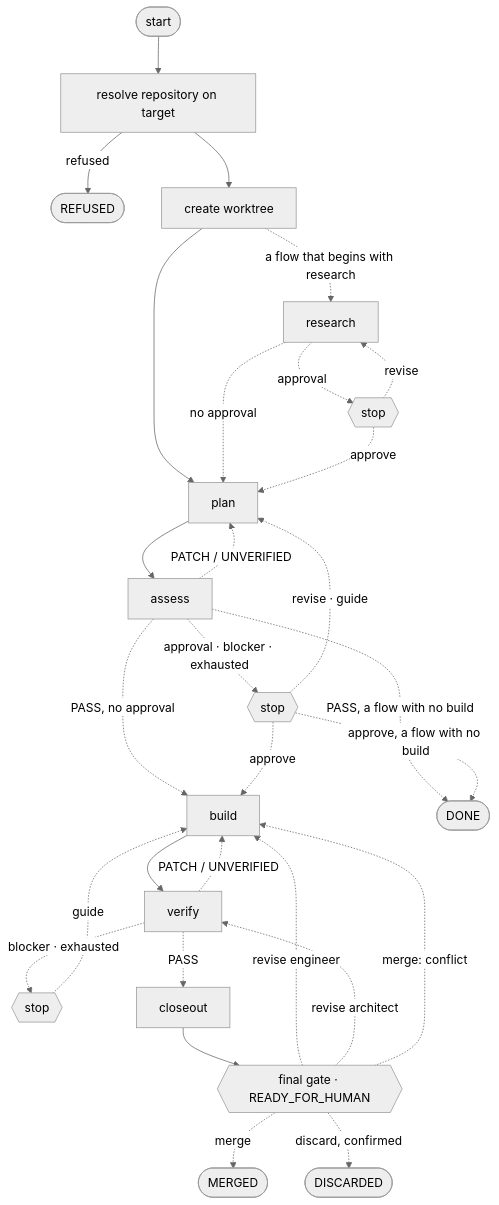
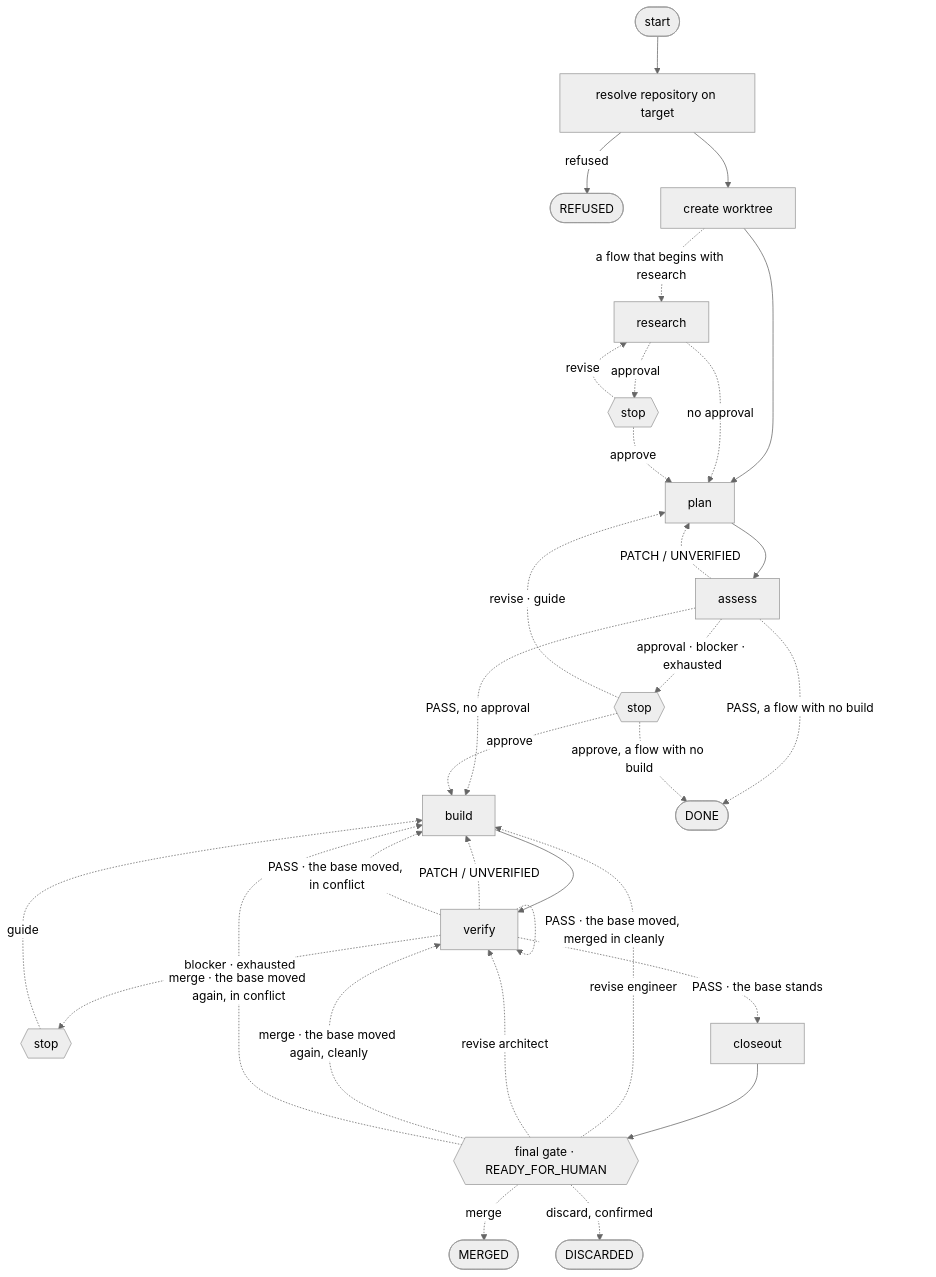
Before and after one commit to 6r0m/orchestra: the diagram in docs/architecture/diagrams/stops.md, drawn with Mermaid (neutral theme). The commit also changed other lines of this file and 23 other files, not shown here.

````diff
--- a/docs/architecture/diagrams/stops.md
+++ b/docs/architecture/diagrams/stops.md
@@ -7,29 +7,32 @@
 ```mermaid
 graph TD
     start([start]) --> prepare[resolve repository on target] -->|refused| refused([REFUSED])
     prepare --> worktree[create worktree] --> plan
     worktree -. "a flow that begins with research" .-> research
     research -. approval .-> stop0{{stop}}
     research -. "no approval" .-> plan
     stop0 -. approve .-> plan
     stop0 -. revise .-> research
     plan --> assess
     assess -. PATCH / UNVERIFIED .-> plan
     assess -. "PASS, no approval" .-> build
     assess -. "approval · blocker · exhausted" .-> stop1{{stop}}
     stop1 -. approve .-> build
     stop1 -. "revise · guide" .-> plan
     assess -. "PASS, a flow with no build" .-> done([DONE])
     stop1 -. "approve, a flow with no build" .-> done
     build --> verify
     verify -. PATCH / UNVERIFIED .-> build
     verify -. "blocker · exhausted" .-> stop2{{stop}}
     stop2 -. guide .-> build
-    verify -. PASS .-> closeout
+    verify -. "PASS · the base stands" .-> closeout
+    verify -. "PASS · the base moved, merged in cleanly" .-> verify
+    verify -. "PASS · the base moved, in conflict" .-> build
     closeout --> final{{final gate · READY_FOR_HUMAN}}
     final -. "revise engineer" .-> build
     final -. "revise architect" .-> verify
-    final -. "merge: conflict" .-> build
+    final -. "merge · the base moved again, cleanly" .-> verify
+    final -. "merge · the base moved again, in conflict" .-> build
     final -. "merge" .-> merged([MERGED])
     final -. "discard, confirmed" .-> discarded([DISCARDED])
 ```
````
